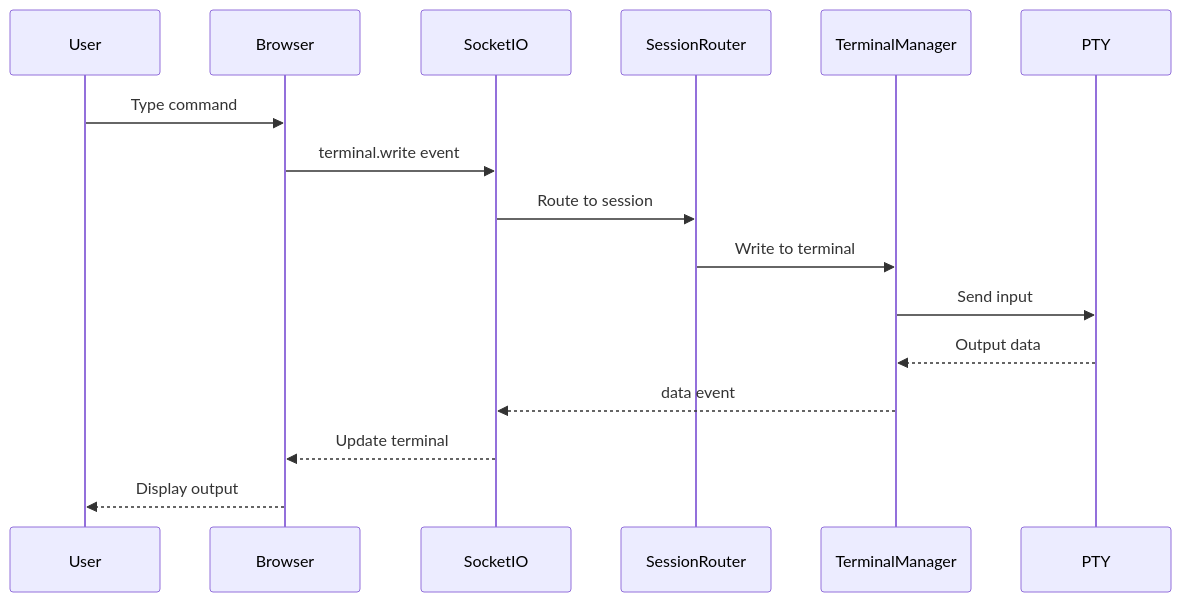
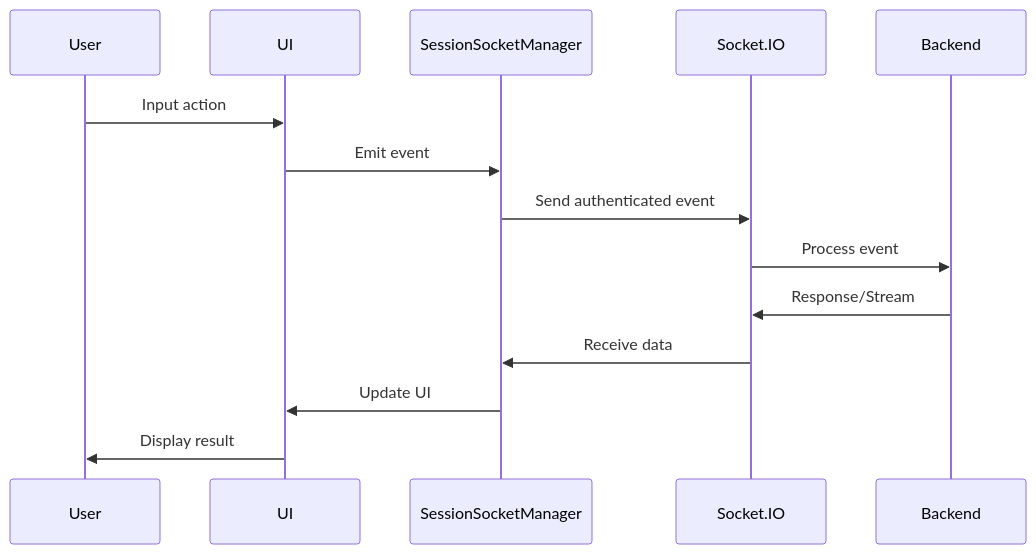
The third of 13 diagrams in docs/ARCHITECTURE.md (fwdslsh/dispatch), drawn with Mermaid before and after one commit. The commit also changed other lines of this file and 39 other files, not shown here.

First line of the commit message:
Add unit and integration tests for Socket.IO session status and command refresh handlers

````diff
--- a/docs/ARCHITECTURE.md
+++ b/docs/ARCHITECTURE.md
@@ -62,19 +176,17 @@
 ```mermaid
 sequenceDiagram
     participant User
-    participant Browser
-    participant SocketIO
-    participant SessionRouter
-    participant TerminalManager
-    participant PTY
-
-    User->>Browser: Type command
-    Browser->>SocketIO: terminal.write event
-    SocketIO->>SessionRouter: Route to session
-    SessionRouter->>TerminalManager: Write to terminal
-    TerminalManager->>PTY: Send input
-    PTY-->>TerminalManager: Output data
-    TerminalManager-->>SocketIO: data event
-    SocketIO-->>Browser: Update terminal
-    Browser-->>User: Display output
+    participant UI
+    participant SSM as SessionSocketManager
+    participant Socket as Socket.IO
+    participant Backend
+    
+    User->>UI: Input action
+    UI->>SSM: Emit event
+    SSM->>Socket: Send authenticated event
+    Socket->>Backend: Process event
+    Backend->>Socket: Response/Stream
+    Socket->>SSM: Receive data
+    SSM->>UI: Update UI
+    UI->>User: Display result
 ```
````
